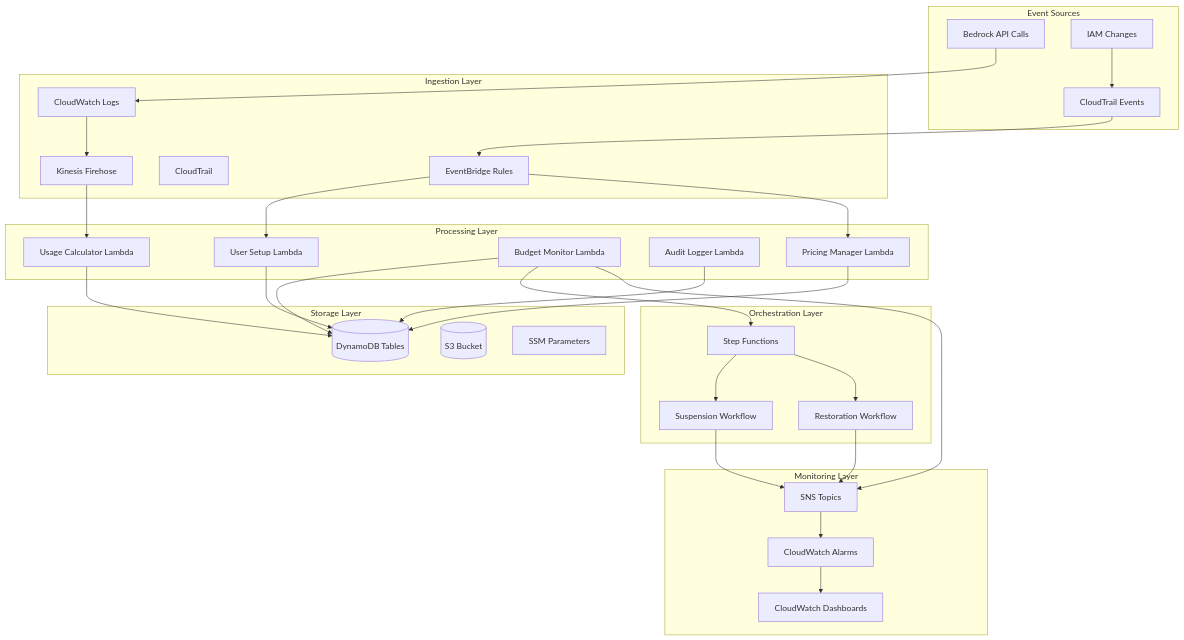
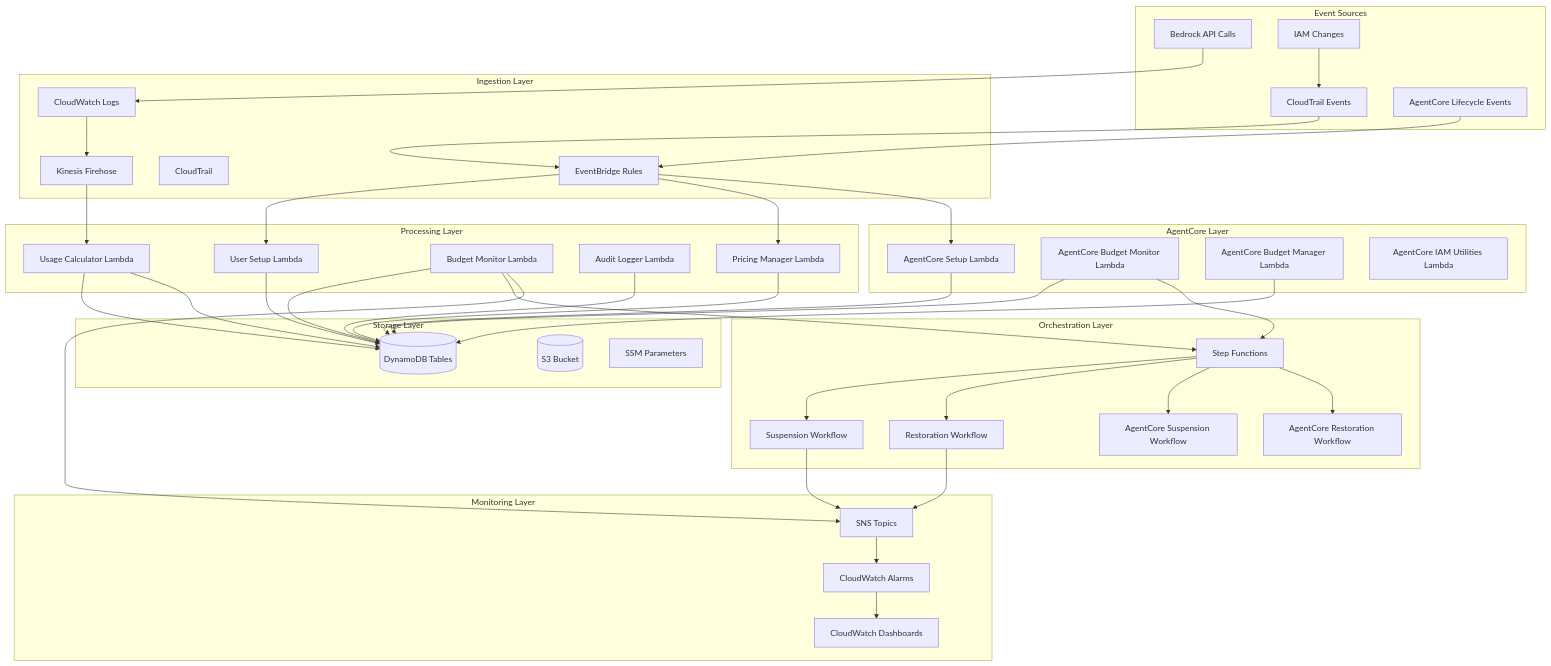
Before and after one commit to teabranch/bedrock-budgeteer: the first of 6 diagrams in docs/system-architecture.md, drawn with Mermaid. The commit also changed other lines of this file and 10 other files, not shown here.

First line of the commit message:
docs: update all documentation for AgentCore budgeting and AWS API audit

```diff
--- a/docs/system-architecture.md
+++ b/docs/system-architecture.md
@@ -26,6 +26,7 @@
         BR[Bedrock API Calls]
         IAM[IAM Changes]
         CT[CloudTrail Events]
+        AC[AgentCore Lifecycle Events]
     end
     
     subgraph "Ingestion Layer"
@@ -49,9 +50,18 @@
         SSM[SSM Parameters]
     end
     
+    subgraph "AgentCore Layer"
+        ACS[AgentCore Setup Lambda]
+        ACBM[AgentCore Budget Monitor Lambda]
+        ACMGR[AgentCore Budget Manager Lambda]
+        ACIU[AgentCore IAM Utilities Lambda]
+    end
+
     subgraph "Orchestration Layer"
         SW[Suspension Workflow]
         RW[Restoration Workflow]
+        ACSW[AgentCore Suspension Workflow]
+        ACRW[AgentCore Restoration Workflow]
         SF[Step Functions]
     end
     
@@ -64,8 +74,10 @@
     BR --> CW
     IAM --> CT
     CT --> EB
+    AC --> EB
     EB --> US
     EB --> PM
+    EB --> ACS
     CW --> KF
     KF --> UC
     
@@ -75,9 +87,17 @@
     AL --> DDB
     PM --> DDB
     
+    ACS --> DDB
+    ACBM --> DDB
+    ACMGR --> DDB
+    UC --> DDB
+
     BM --> SF
+    ACBM --> SF
     SF --> SW
     SF --> RW
+    SF --> ACSW
+    SF --> ACRW
     
     SW --> SNS
     RW --> SNS
```
